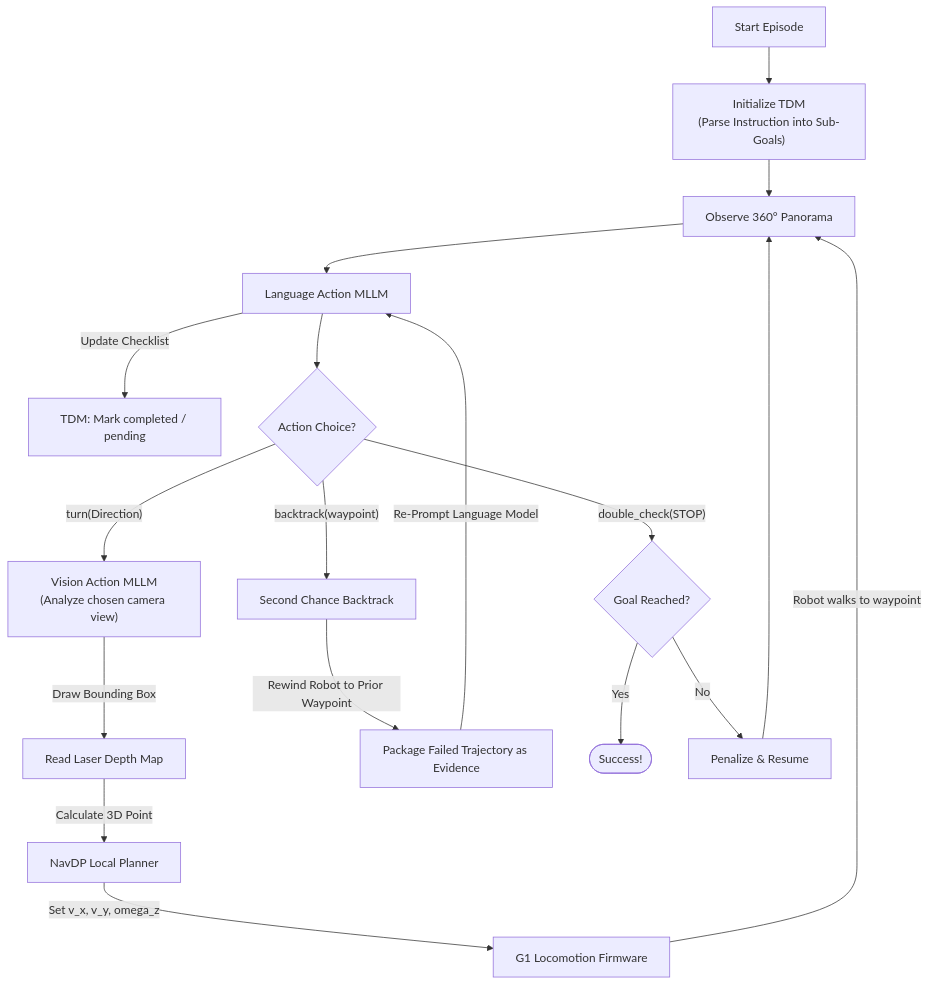
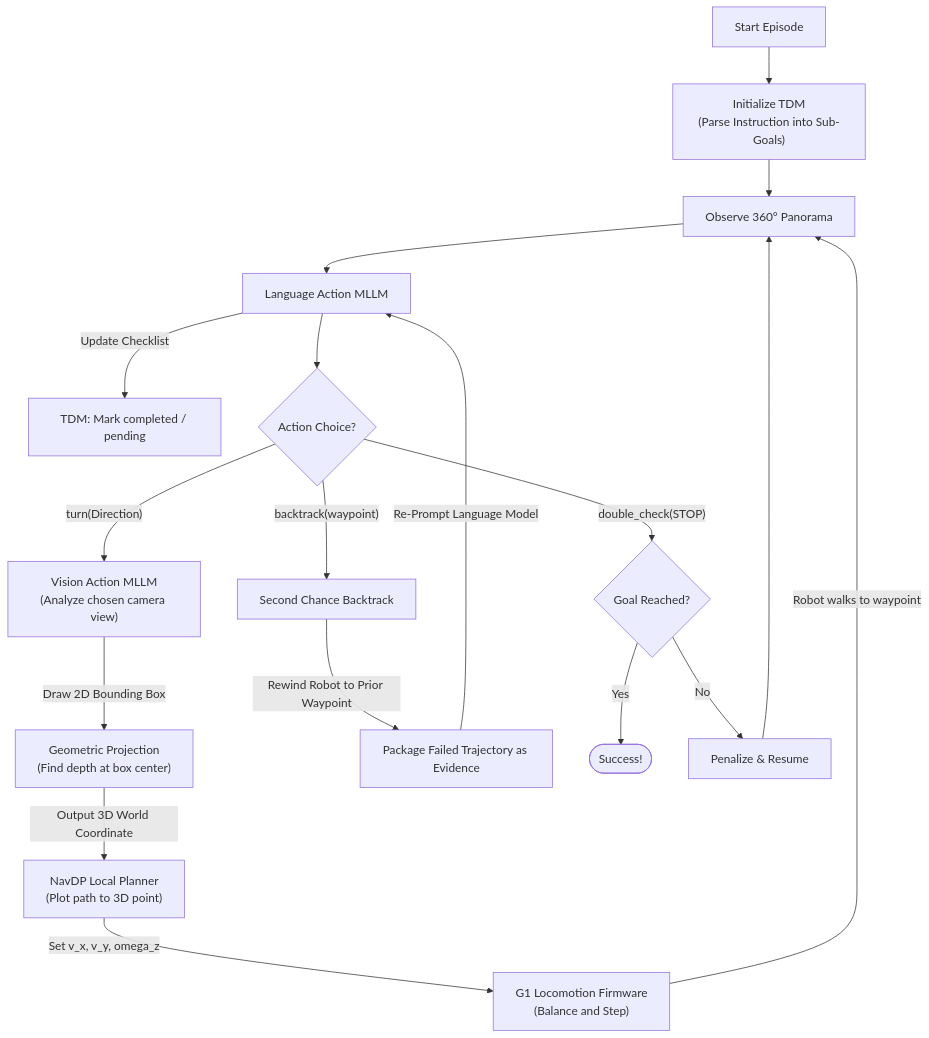
The second of 2 diagrams in wiki/methods/architecture brainstorming/workspace-019e9493-f03b-7424-ad4c-1d52e9af394e/g1-jepa-tethered/docs/UNI_LAVIRA_ANALYSIS.md (Sigurius23/Robot-wiki), drawn with Mermaid before and after one commit. The commit also changed other lines of this file, not shown here.

Commit message:
docs: clarify 2D box vs 3D path plotting in Mermaid graphs

````diff
--- a/wiki/methods/architecture brainstorming/workspace-019e9493-f03b-7424-ad4c-1d52e9af394e/g1-jepa-tethered/docs/UNI_LAVIRA_ANALYSIS.md
+++ b/wiki/methods/architecture brainstorming/workspace-019e9493-f03b-7424-ad4c-1d52e9af394e/g1-jepa-tethered/docs/UNI_LAVIRA_ANALYSIS.md
@@ -66,28 +66,28 @@
 ```mermaid
 flowchart TD
     Start["Start Episode"] --> InitTDM["Initialize TDM<br/>(Parse Instruction into Sub-Goals)"]
     InitTDM --> Obs["Observe 360° Panorama"]
     
     Obs --> LA["Language Action MLLM"]
     LA -->|"Update Checklist"| TDMState["TDM: Mark completed / pending"]
     
     LA --> Choice{"Action Choice?"}
     
     %% Path 1: Normal Navigation
     Choice -->|"turn(Direction)"| VA["Vision Action MLLM<br/>(Analyze chosen camera view)"]
-    VA -->|"Draw Bounding Box"| Geom["Read Laser Depth Map"]
-    Geom -->|"Calculate 3D Point"| NavDP["NavDP Local Planner"]
-    NavDP -->|"Set v_x, v_y, omega_z"| Native["G1 Locomotion Firmware"]
+    VA -->|"Draw 2D Bounding Box"| Geom["Geometric Projection<br/>(Find depth at box center)"]
+    Geom -->|"Output 3D World Coordinate"| NavDP["NavDP Local Planner<br/>(Plot path to 3D point)"]
+    NavDP -->|"Set v_x, v_y, omega_z"| Native["G1 Locomotion Firmware<br/>(Balance and Step)"]
     Native -->|Robot walks to waypoint| Obs
     
     %% Path 2: Backtracking
     Choice -->|"backtrack(waypoint)"| SCB["Second Chance Backtrack"]
     SCB -->|"Rewind Robot to Prior Waypoint"| Rewind["Package Failed Trajectory as Evidence"]
     Rewind -->|Re-Prompt Language Model| LA
     
     %% Path 3: Stopping
     Choice -->|"double_check(STOP)"| StopCheck{"Goal Reached?"}
     StopCheck -->|Yes| End(["Success!"])
     StopCheck -->|No| Resume["Penalize & Resume"]
     Resume --> Obs
 ```
````
